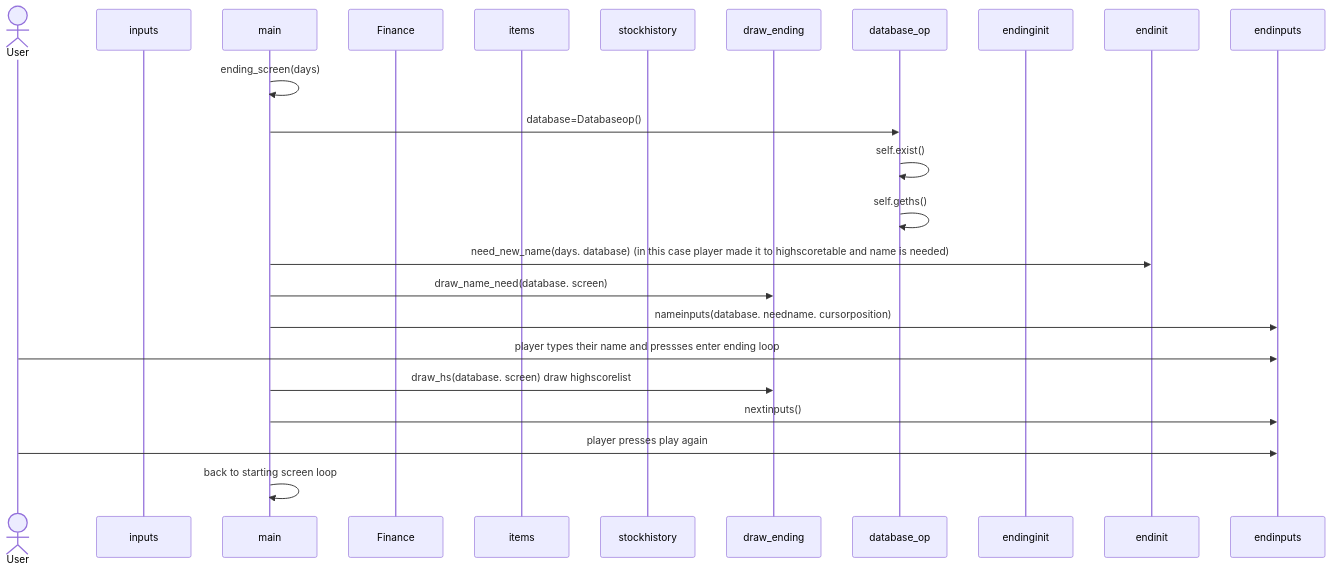
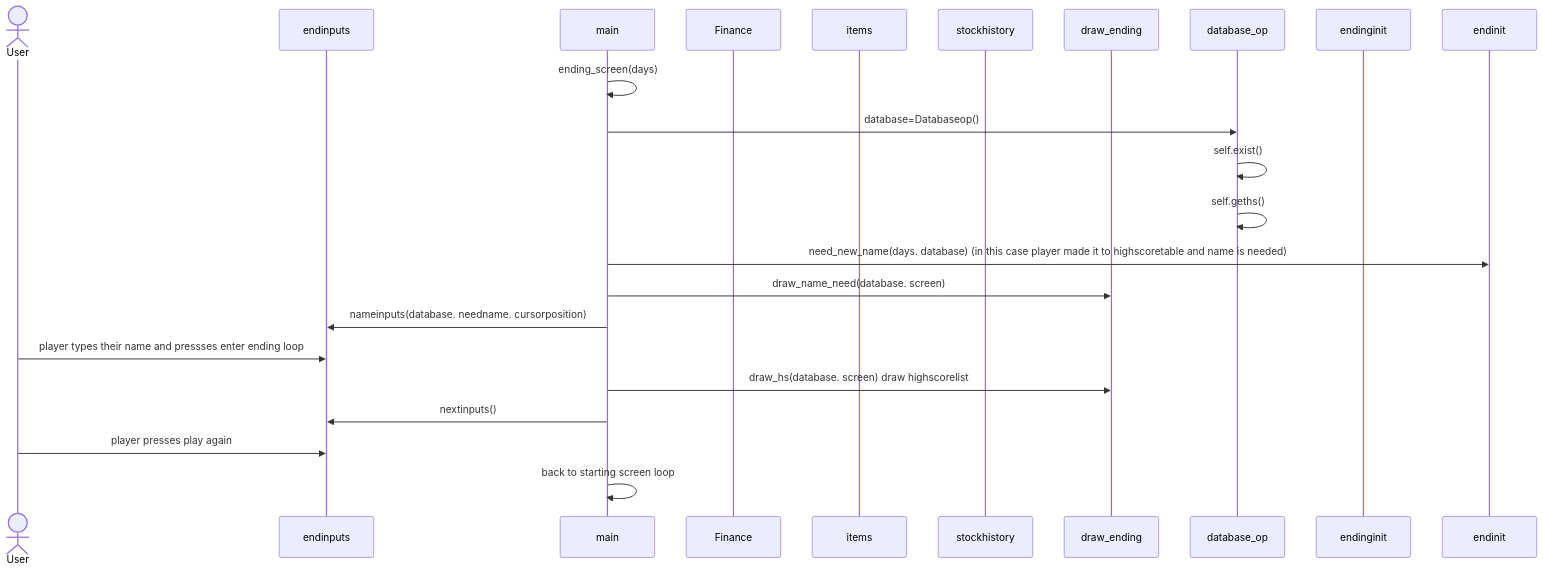
The fifth of 5 diagrams in dokumentaatio/arkkitehtuuri.md (sepaww/ot-harjoitustyo), drawn with Mermaid before and after one commit.

````diff
--- a/dokumentaatio/arkkitehtuuri.md
+++ b/dokumentaatio/arkkitehtuuri.md
@@ -154,24 +154,24 @@
   ```mermaid
 sequenceDiagram
   actor User
-  participant inputs
+  participant endinputs
   participant main
   participant Finance
   participant items
   participant stockhistory
   participant draw_ending
   participant database_op
   participant endinginit
   main->>main: ending_screen(days)
   main->>database_op: database=Databaseop()
   database_op->>database_op: self.exist()
   database_op->>database_op: self.geths()
   main->>endinit: need_new_name(days. database) (in this case player made it to highscoretable and name is needed)
   main->>draw_ending: draw_name_need(database. screen)
   main->>endinputs: nameinputs(database. needname. cursorposition)
   User->>endinputs: player types their name and pressses enter ending loop
   main->>draw_ending: draw_hs(database. screen) draw highscorelist
   main->>endinputs: nextinputs()
   User->>endinputs: player presses play again
   main->>main: back to starting screen loop
 ```
````
